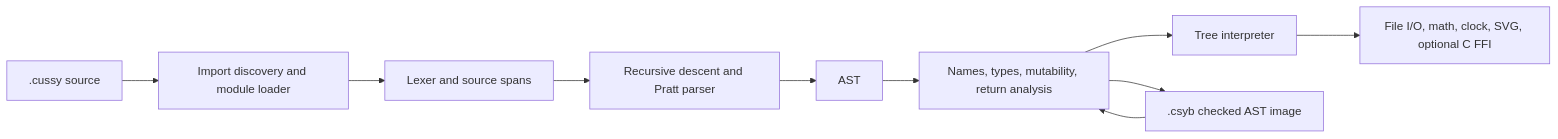
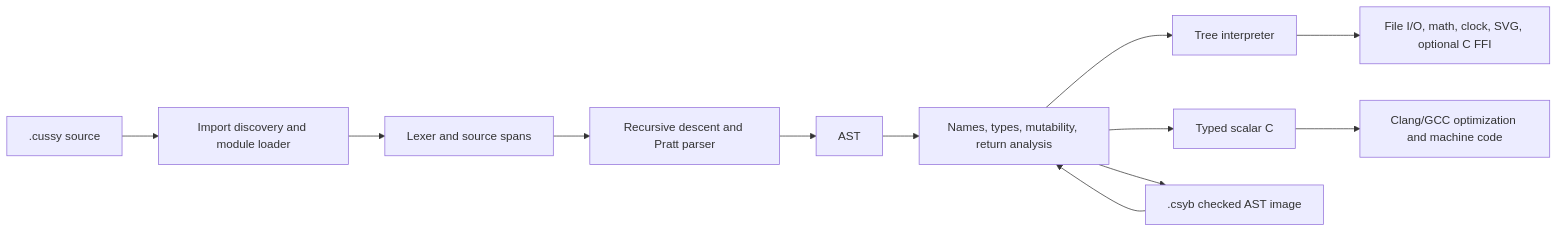
Before and after one commit to cussylang/cussylang: the diagram in docs/architecture.md, drawn with Mermaid. The commit also changed other lines of this file and 27 other files, not shown here.

Commit message:
feat: compile Cussy scalar programs to native code

````diff
--- a/docs/architecture.md
+++ b/docs/architecture.md
@@ -7,12 +7,14 @@
 ```mermaid
 flowchart LR
     Source[.cussy source] --> Loader[Import discovery and module loader]
     Loader --> Lexer[Lexer and source spans]
     Lexer --> Parser[Recursive descent and Pratt parser]
     Parser --> AST[AST]
     AST --> Check[Names, types, mutability, return analysis]
     Check --> Runtime[Tree interpreter]
+    Check --> C[Typed scalar C]
+    C --> Native[Clang/GCC optimization and machine code]
     Check --> Image[.csyb checked AST image]
     Image --> Check
     Runtime --> Host[File I/O, math, clock, SVG, optional C FFI]
 ```
````
